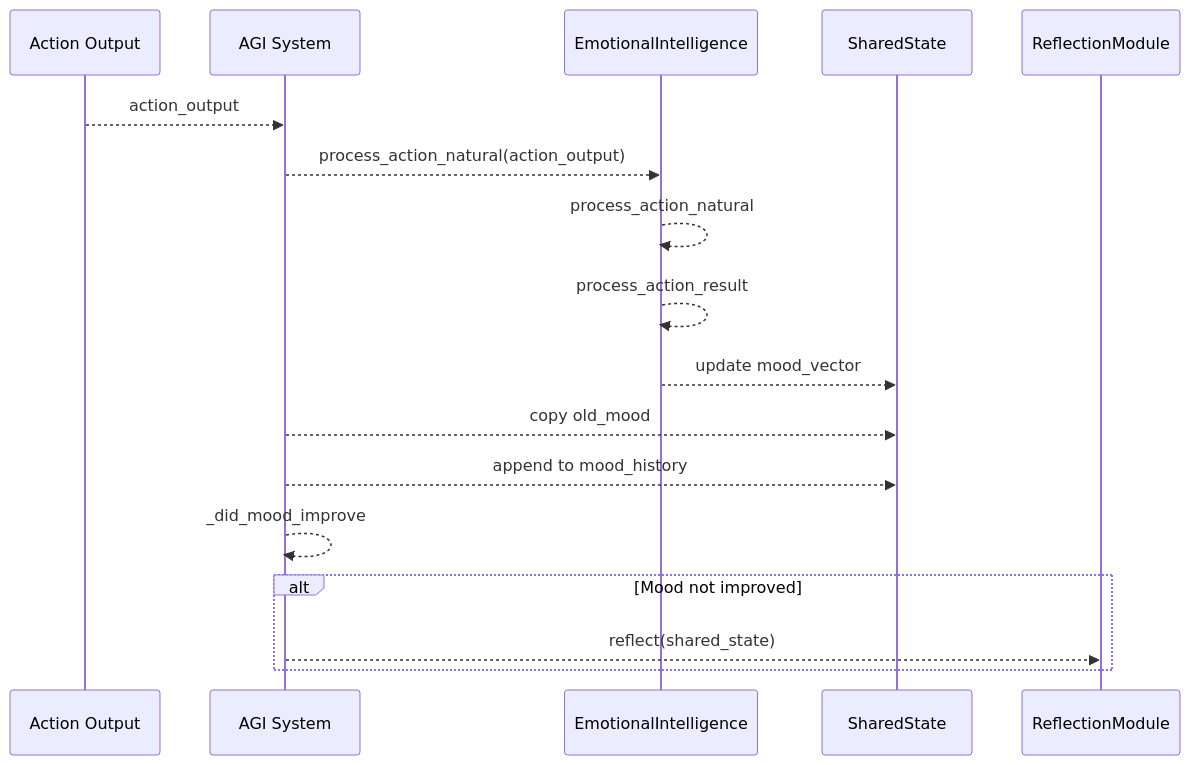
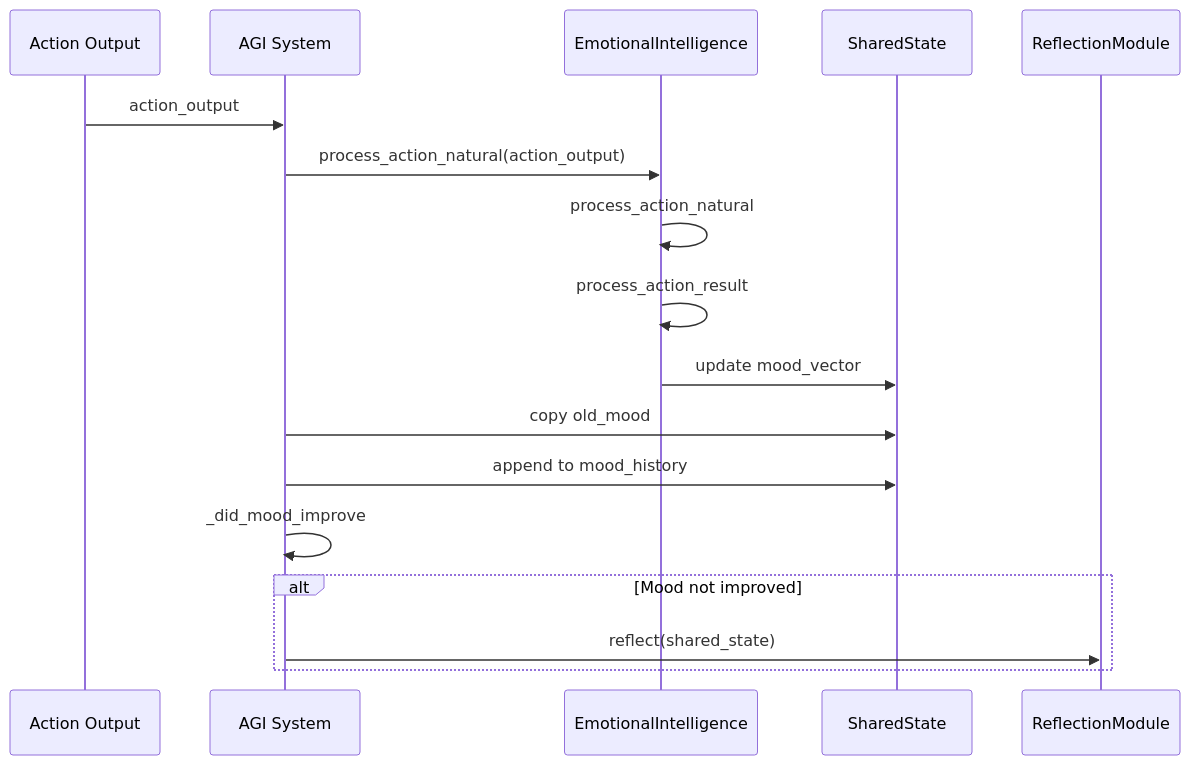
One commit to Likhithsai2580/RAVANA-WIKI changed the second of 6 diagrams in docs/Architecture & Design/Key Design Patterns/Observer Pattern for State Monitoring.md. Above: the diagram before and after it, drawn with Mermaid. The commit also changed other lines of this file and 78 other files, not shown here.

````diff
--- a/docs/Architecture & Design/Key Design Patterns/Observer Pattern for State Monitoring.md
+++ b/docs/Architecture & Design/Key Design Patterns/Observer Pattern for State Monitoring.md
@@ -92,20 +91,19 @@
 ```mermaid
 sequenceDiagram
 participant Action as Action Output
 participant System as AGI System
 participant EI as EmotionalIntelligence
 participant State as SharedState
 participant Reflection as ReflectionModule
-Action-->>System : action_output
-System-->>EI : process_action_natural(action_output)
-EI-->>EI : process_action_natural
-EI-->>EI : process_action_result
-EI-->>State : update mood_vector
-System-->>State : copy old_mood
-System-->>State : append to mood_history
-System-->>System : _did_mood_improve
+Action->>System : action_output
+System->>EI : process_action_natural(action_output)
+EI->>EI : process_action_natural
+EI->>EI : process_action_result
+EI->>State : update mood_vector
+System->>State : copy old_mood
+System->>State : append to mood_history
+System->>System : _did_mood_improve
 alt Mood not improved
-System-->>Reflection : reflect(shared_state)
+System->>Reflection : reflect(shared_state)
 end
-
 ```
````
